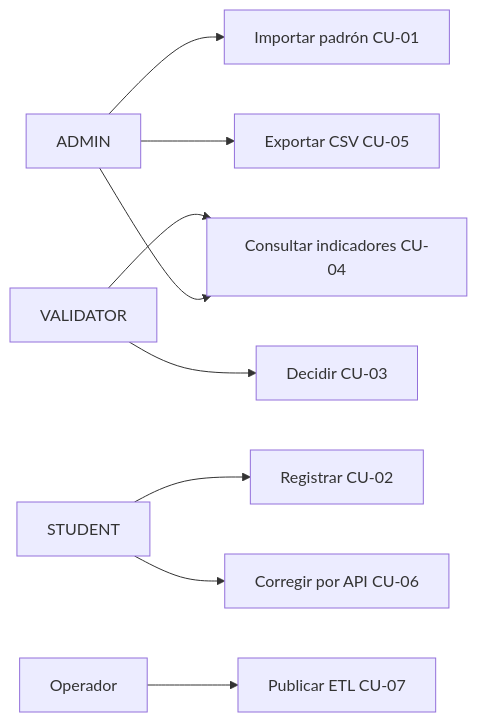
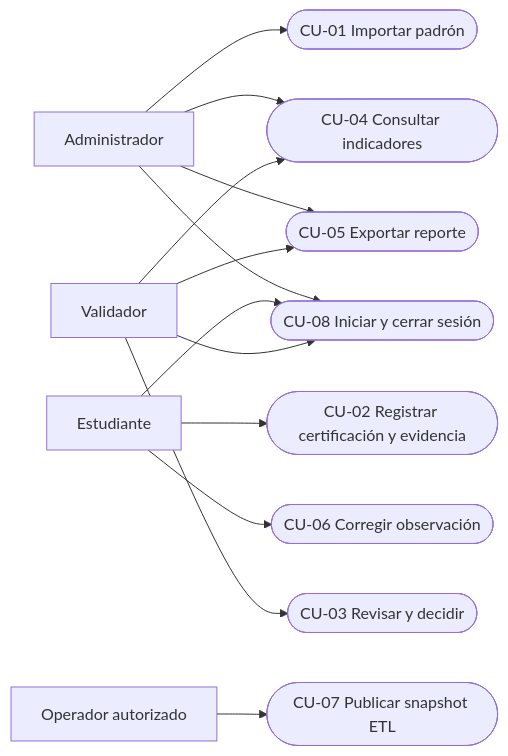
One commit to Kiara1616/pulse-epis changed the first of 14 diagrams in docs/academico/FD04-Arquitectura-Software.md. Above: the diagram before and after it, drawn with Mermaid. The commit also changed other lines of this file, not shown here.

Commit message:
docs: corregir estructura SAD y arquitectura de FD04

````diff
--- a/docs/academico/FD04-Arquitectura-Software.md
+++ b/docs/academico/FD04-Arquitectura-Software.md
@@ -108,11 +238,15 @@
 ```mermaid
 flowchart LR
-    A[ADMIN] --> P[Importar padrón CU-01]
-    A --> I[Consultar indicadores CU-04]
-    A --> E[Exportar CSV CU-05]
-    S[STUDENT] --> C[Registrar CU-02]
-    S --> R[Corregir por API CU-06]
-    V[VALIDATOR] --> D[Decidir CU-03]
-    V --> I
-    O[Operador] --> T[Publicar ETL CU-07]
+    A[Administrador] --> C1([CU-01 Importar padrón])
+    E[Estudiante] --> C2([CU-02 Registrar certificación y evidencia])
+    E --> C6([CU-06 Corregir observación])
+    V[Validador] --> C3([CU-03 Revisar y decidir])
+    A --> C4([CU-04 Consultar indicadores])
+    V --> C4
+    A --> C5([CU-05 Exportar reporte])
+    V --> C5
+    O[Operador autorizado] --> C7([CU-07 Publicar snapshot ETL])
+    A --> C8([CU-08 Iniciar y cerrar sesión])
+    E --> C8
+    V --> C8
 ```
````
